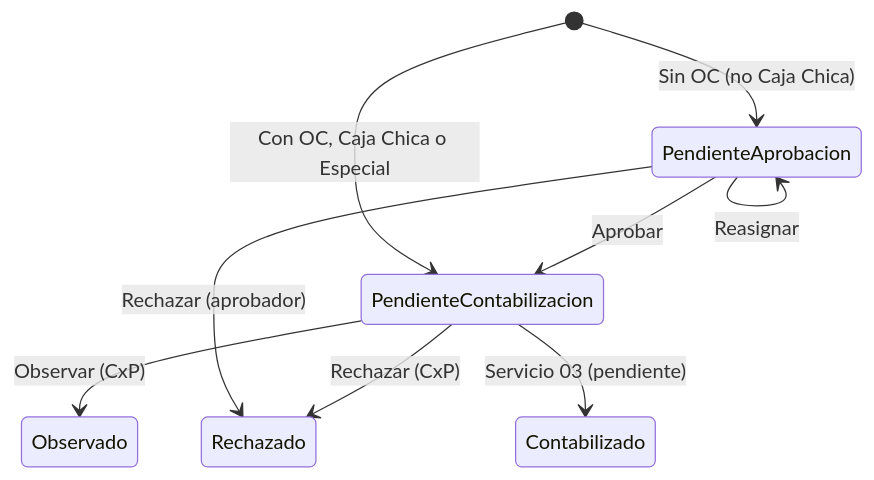
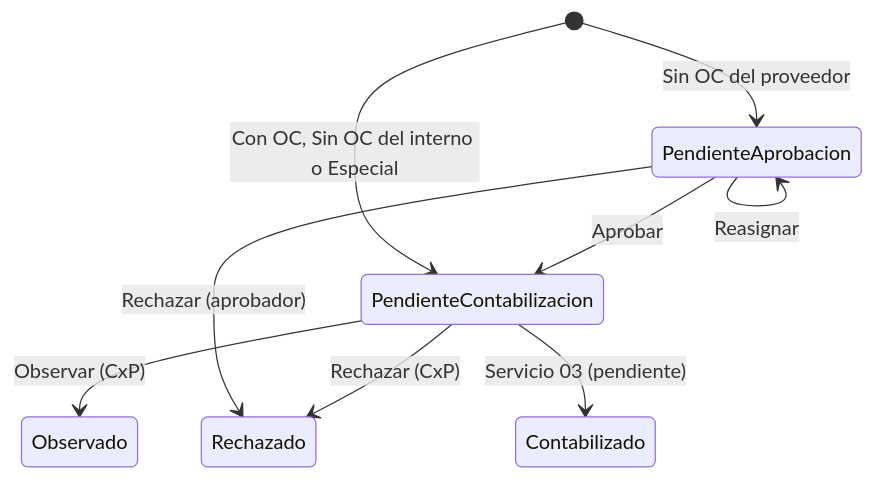
The diagram in docs/FLUJO_ACTUAL.md (ivallejo/portal-proveedores-mock), drawn with Mermaid before and after one commit. The commit also changed other lines of this file and 12 other files, not shown here.

````diff
--- a/docs/FLUJO_ACTUAL.md
+++ b/docs/FLUJO_ACTUAL.md
@@ -86,11 +86,11 @@
 ```mermaid
 stateDiagram-v2
-    [*] --> PendienteAprobacion: Sin OC (no Caja Chica)
-    [*] --> PendienteContabilizacion: Con OC, Caja Chica o Especial
+    [*] --> PendienteAprobacion: Sin OC del proveedor
+    [*] --> PendienteContabilizacion: Con OC, Sin OC del interno o Especial
     PendienteAprobacion --> PendienteContabilizacion: Aprobar
     PendienteAprobacion --> PendienteAprobacion: Reasignar
     PendienteAprobacion --> Rechazado: Rechazar (aprobador)
     PendienteContabilizacion --> Observado: Observar (CxP)
     PendienteContabilizacion --> Rechazado: Rechazar (CxP)
     PendienteContabilizacion --> Contabilizado: Servicio 03 (pendiente)
 ```
````
